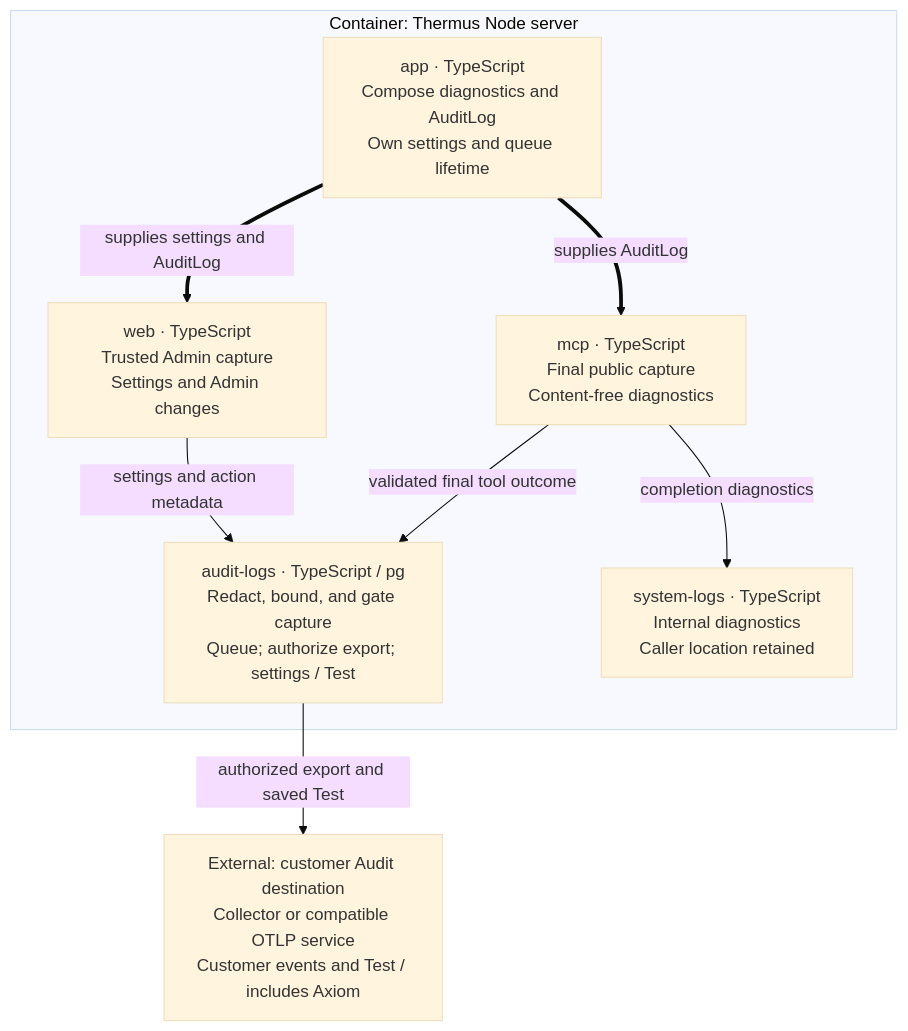
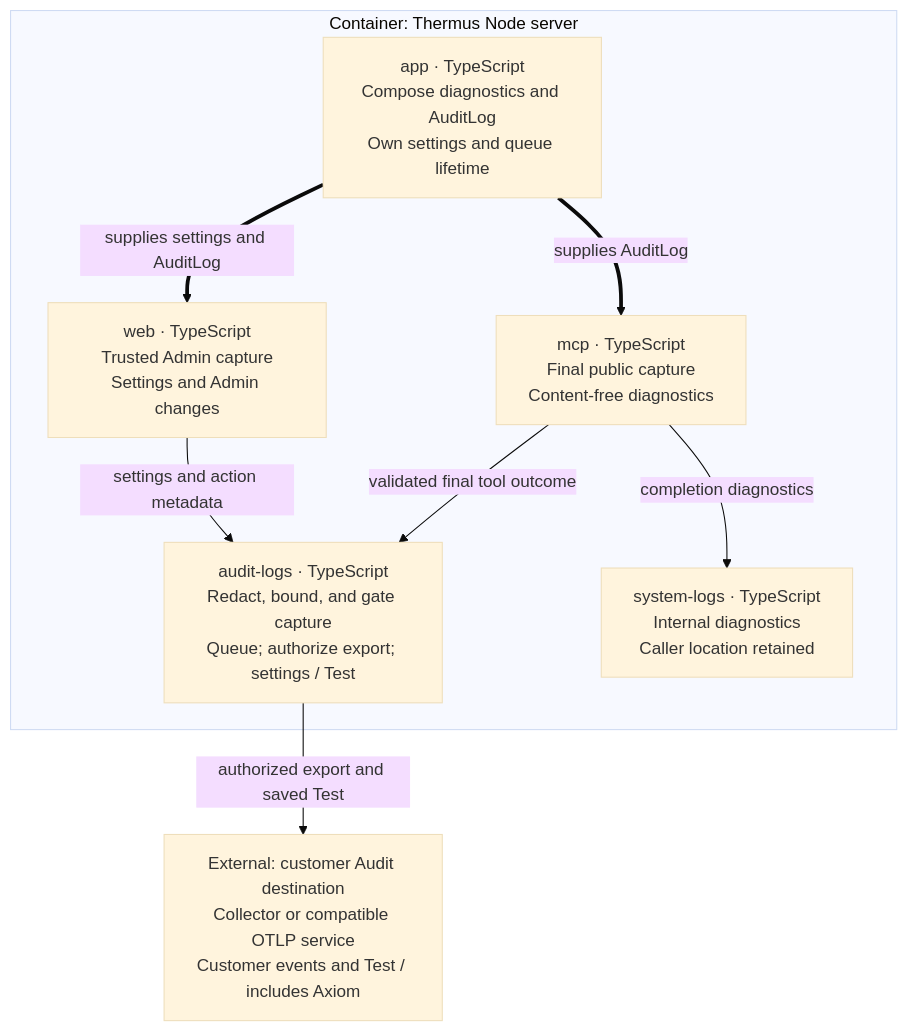
Before and after one commit to tomer-mayara/Thermus: the ninth of 16 diagrams in architecture/components.md, drawn with Mermaid (base theme). The commit also changed other lines of this file and 43 other files, not shown here.

````diff
--- a/architecture/components.md
+++ b/architecture/components.md
@@ -450,17 +515,17 @@
 ```mermaid
 flowchart TB
   subgraph logs_server["Container: Thermus Node server"]
     logs_app["app · TypeScript<br/>Compose diagnostics and AuditLog<br/>Own settings and queue lifetime"]
     logs_mcp["mcp · TypeScript<br/>Final public capture<br/>Content-free diagnostics"]
     logs_web["web · TypeScript<br/>Trusted Admin capture<br/>Settings and Admin changes"]
-    logs_audit["audit-logs · TypeScript / pg<br/>Redact, bound, and gate capture<br/>Queue; authorize export; settings / Test"]
+    logs_audit["audit-logs · TypeScript<br/>Redact, bound, and gate capture<br/>Queue; authorize export; settings / Test"]
     logs_system["system-logs · TypeScript<br/>Internal diagnostics<br/>Caller location retained"]
   end
   logs_collector["External: customer Audit destination<br/>Collector or compatible OTLP service<br/>Customer events and Test / includes Axiom"]
   logs_app ==>|supplies AuditLog| logs_mcp
   logs_app ==>|supplies settings and AuditLog| logs_web
   logs_mcp -->|validated final tool outcome| logs_audit
   logs_web -->|settings and action metadata| logs_audit
   logs_mcp -->|completion diagnostics| logs_system
   logs_audit -->|authorized export and saved Test| logs_collector
 ```
````
